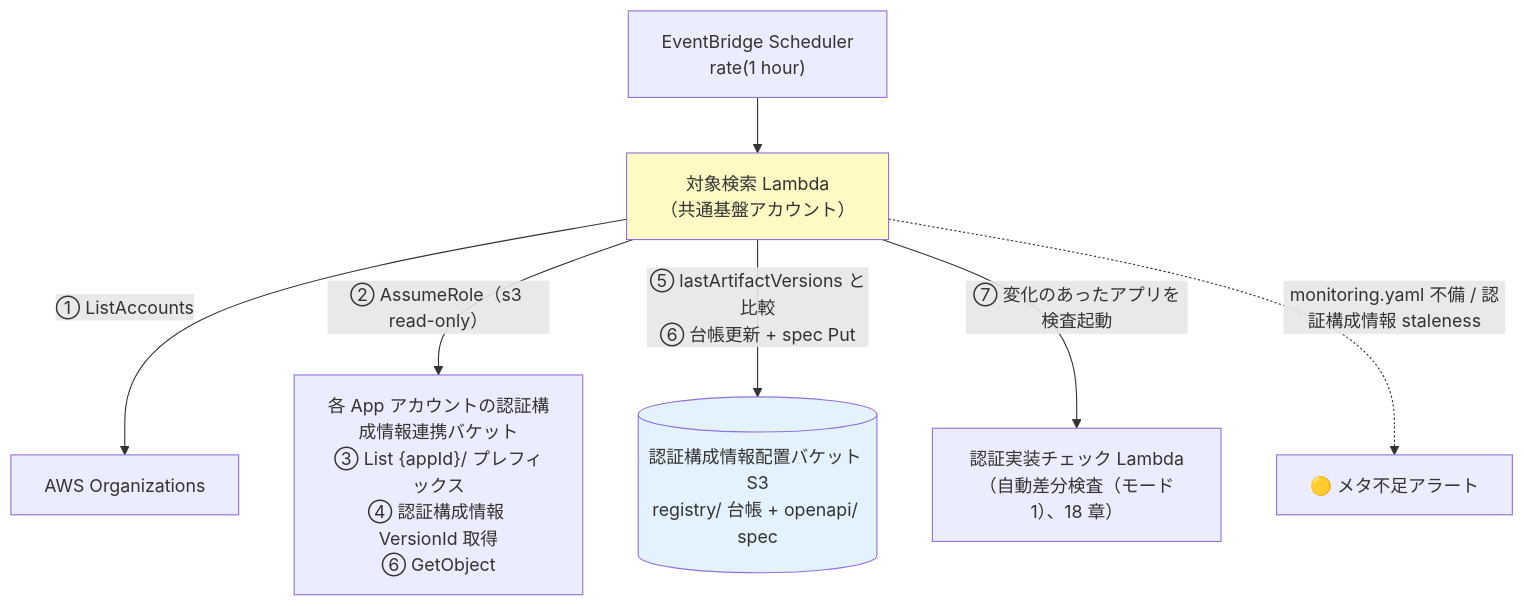
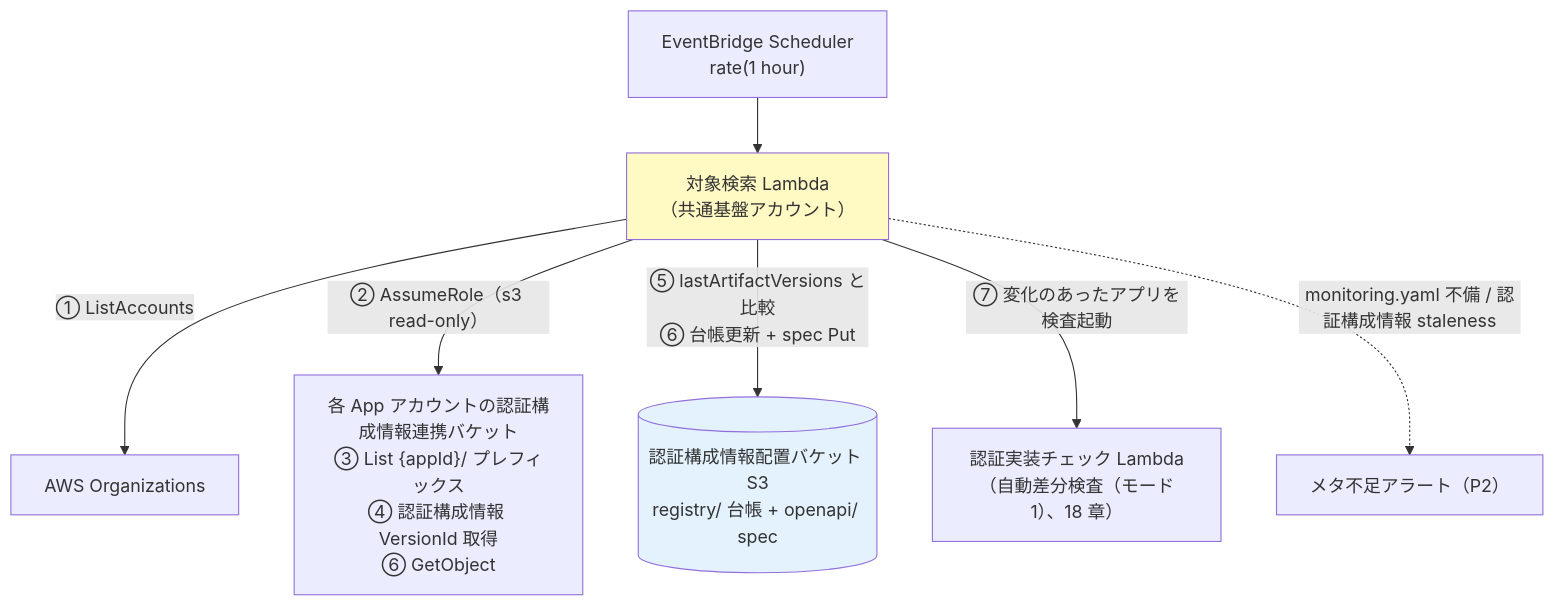
The first of 2 diagrams in doc/api-platform/basic-design/17-deployment-integration-and-registration.md (suepie/aws-atuh-poc), drawn with Mermaid before and after one commit. The commit also changed other lines of this file and 26 other files, not shown here.

First line of the commit message:
対象検索-01〜14 の処理設計を記入 + 絵文字排除・シーケンス図追加

````diff
--- a/doc/api-platform/basic-design/17-deployment-integration-and-registration.md
+++ b/doc/api-platform/basic-design/17-deployment-integration-and-registration.md
@@ -54,11 +54,11 @@
 ```mermaid
 flowchart TB
     SCH["EventBridge Scheduler<br/>rate(1 hour)"] --> DISC["対象検索 Lambda<br/>（共通基盤アカウント）"]
     DISC -->|"① ListAccounts"| ORG["AWS Organizations"]
     DISC -->|"② AssumeRole（s3 read-only）"| ART["各 App アカウントの認証構成情報連携バケット<br/>③ List {appId}/ プレフィックス<br/>④ 認証構成情報 VersionId 取得<br/>⑥ GetObject"]
     DISC -->|"⑤ lastArtifactVersions と比較<br/>⑥ 台帳更新 + spec Put"| REG[("認証構成情報配置バケット S3<br/>registry/ 台帳 + openapi/ spec")]
     DISC -->|"⑦ 変化のあったアプリを検査起動"| PROBE["認証実装チェック Lambda<br/>（自動差分検査（モード1）、18 章）"]
-    DISC -.->|"monitoring.yaml 不備 / 認証構成情報 staleness"| ALERT["🟡 メタ不足アラート"]
+    DISC -.->|"monitoring.yaml 不備 / 認証構成情報 staleness"| ALERT["メタ不足アラート（P2）"]
     style DISC fill:#fff9c4
     style REG fill:#e3f2fd
 ```
````
